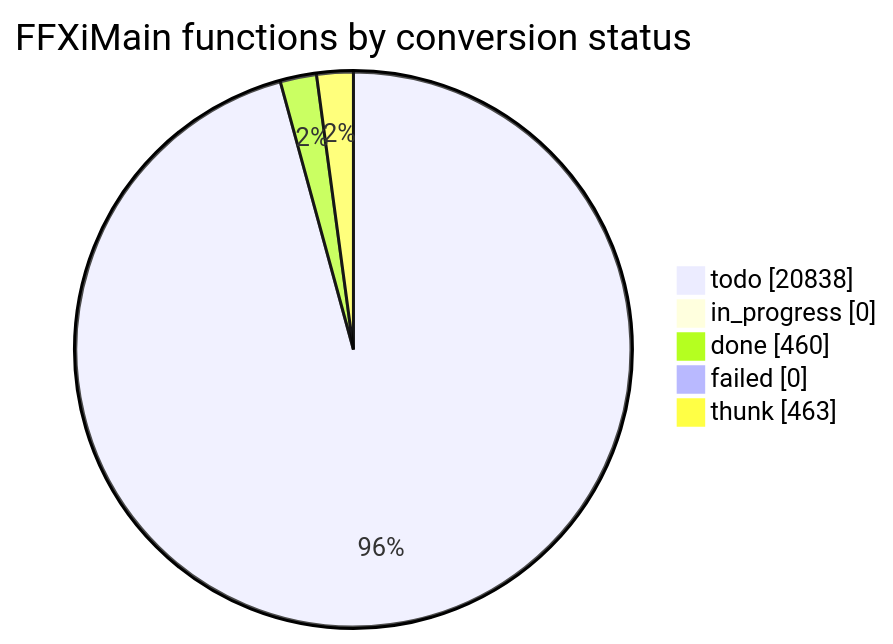
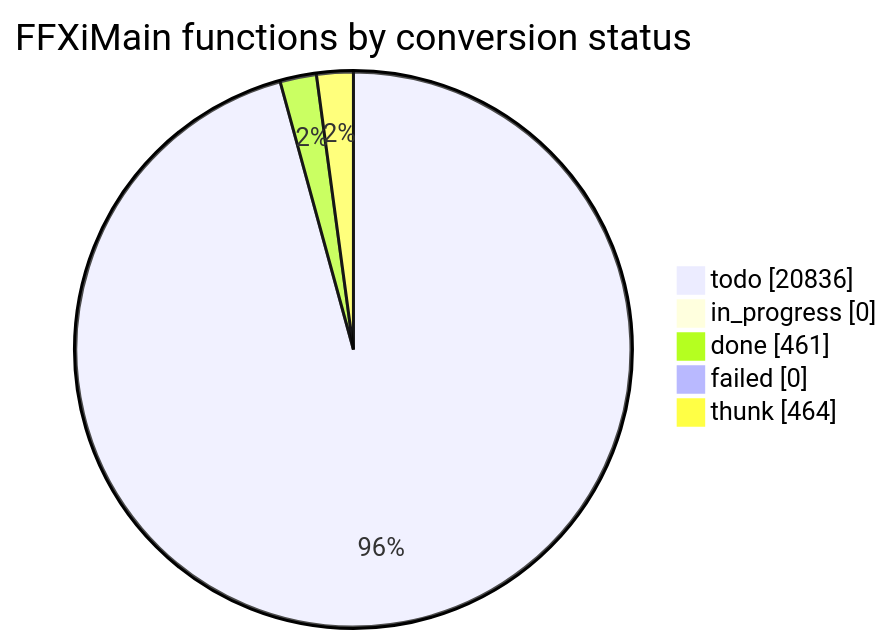
The diagram in docs/cow/STATUS.md (cowrevenge/cow_kuluu_xi_anything), drawn with Mermaid before and after one commit. The commit also changed other lines of this file and 9 other files, not shown here.

````diff
--- a/docs/cow/STATUS.md
+++ b/docs/cow/STATUS.md
@@ -18,9 +18,9 @@
 ```mermaid
 pie showData
     title FFXiMain functions by conversion status
-    "todo" : 20838
+    "todo" : 20836
     "in_progress" : 0
-    "done" : 460
+    "done" : 461
     "failed" : 0
-    "thunk" : 463
+    "thunk" : 464
 ```
````
